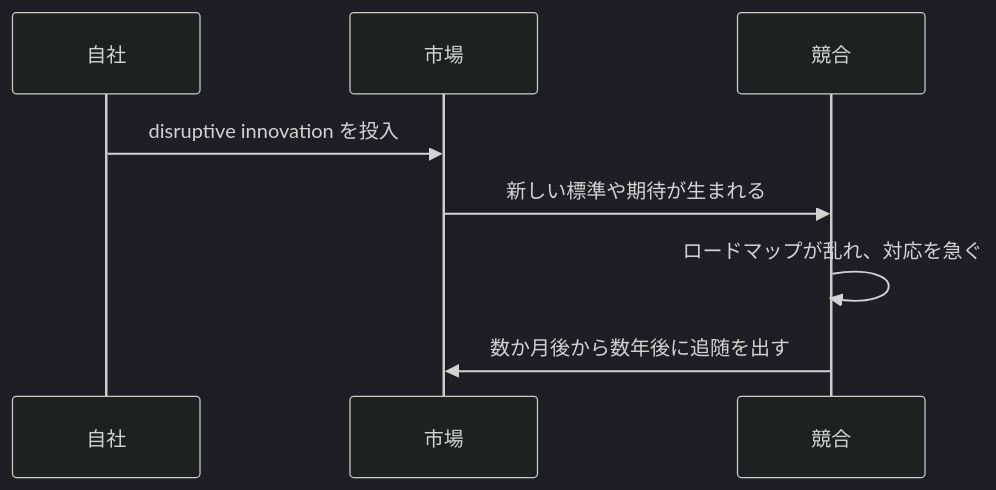
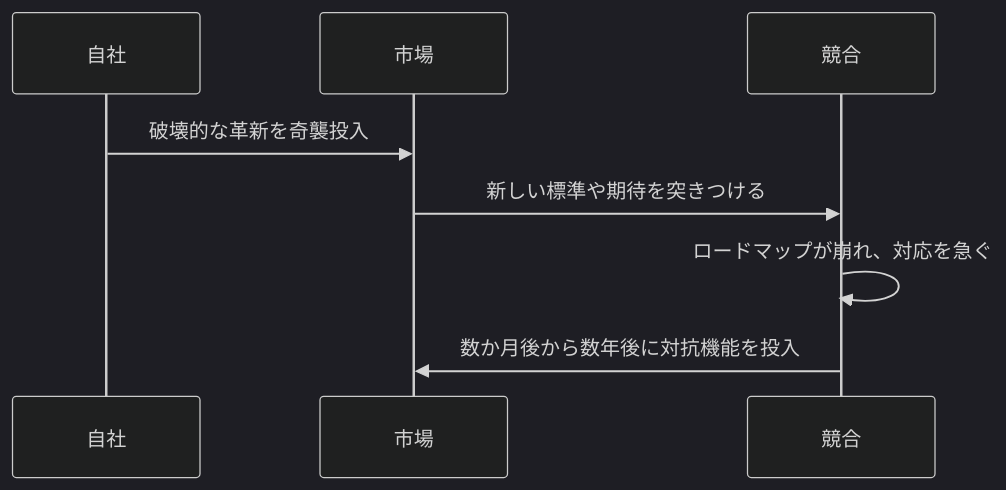
Before and after one commit to wardley-leadership-strategies-ja/wardley-leadership-strategies-ja.github.io: the diagram in docs/strategies/competitor/tech-drops/index.md, drawn with Mermaid (dark theme). The commit also changed other lines of this file and 3 other files, not shown here.

````diff
--- a/docs/strategies/competitor/tech-drops/index.md
+++ b/docs/strategies/competitor/tech-drops/index.md
@@ -118,11 +118,11 @@
 ```mermaid
 sequenceDiagram
   participant Initiator as 自社
   participant Market as 市場
   participant Competitor as 競合
 
-  Initiator->>Market: disruptive innovation を投入
-  Market->>Competitor: 新しい標準や期待が生まれる
-  Competitor->>Competitor: ロードマップが乱れ、対応を急ぐ
-  Competitor->>Market: 数か月後から数年後に追随を出す
+  Initiator->>Market: 破壊的な革新を奇襲投入
+  Market->>Competitor: 新しい標準や期待を突きつける
+  Competitor->>Competitor: ロードマップが崩れ、対応を急ぐ
+  Competitor->>Market: 数か月後から数年後に対抗機能を投入
 ```
````
